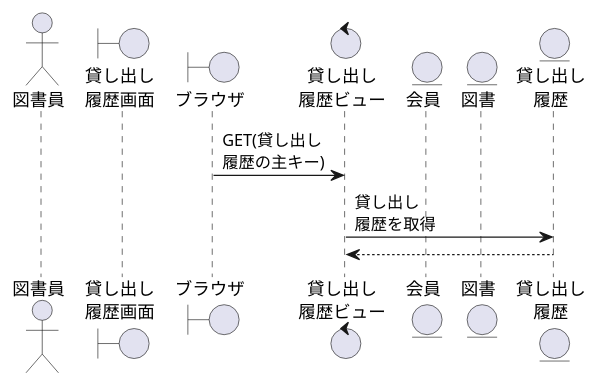
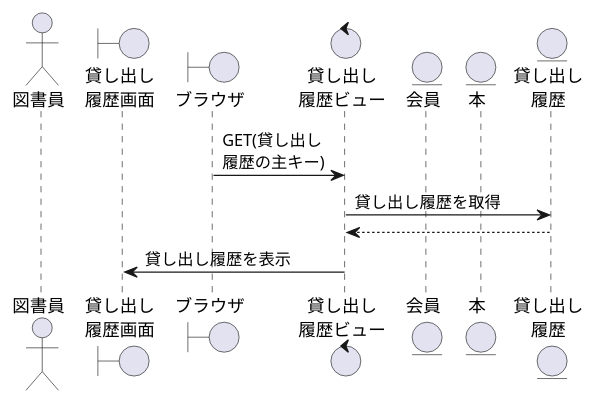
One commit to ysyk-wtnb16/team_D changed the diagram in 効果測定/貸し出し履歴.wsd. Above: the diagram before and after it, drawn with PlantUML. The commit also changed 3 other files, not shown here.

```diff
--- a/効果測定/貸し出し履歴.wsd
+++ b/効果測定/貸し出し履歴.wsd
@@ -1,14 +1,18 @@
 @startuml Rental History
 
 actor "図書員" as librarian
 boundary "貸し出し\n履歴画面" as RenHs
 boundary "ブラウザ" as brz
 control "貸し出し\n履歴ビュー" as RenHv
 entity "会員" as member
-entity "図書" as book
+entity "本" as bookr
 entity "貸し出し\n履歴" as RenH
 
+
 brz -> RenHv: GET(貸し出し\n履歴の主キー)
-RenHv -> RenH: 貸し出し\n履歴を取得
+RenHv -> RenH: 貸し出し履歴を取得
 RenHv <-- RenH:
+RenHs <- RenHv:貸し出し履歴を表示
+
+
 @enduml
```
